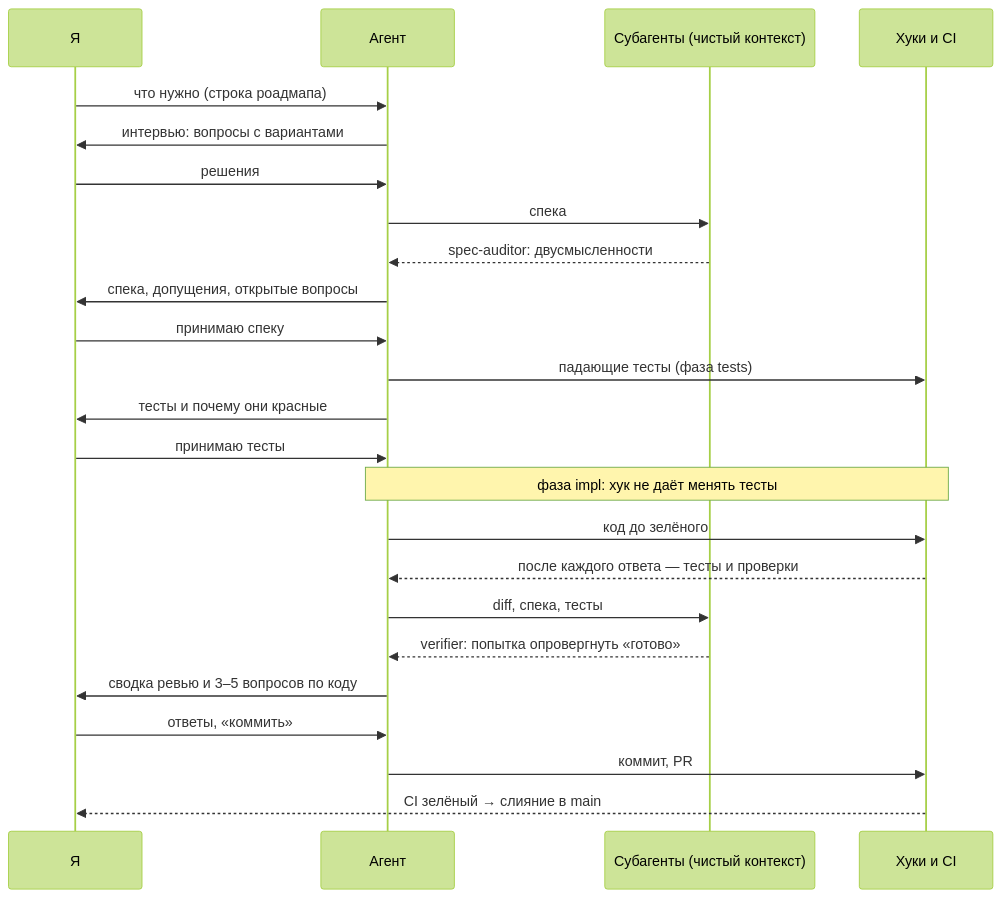
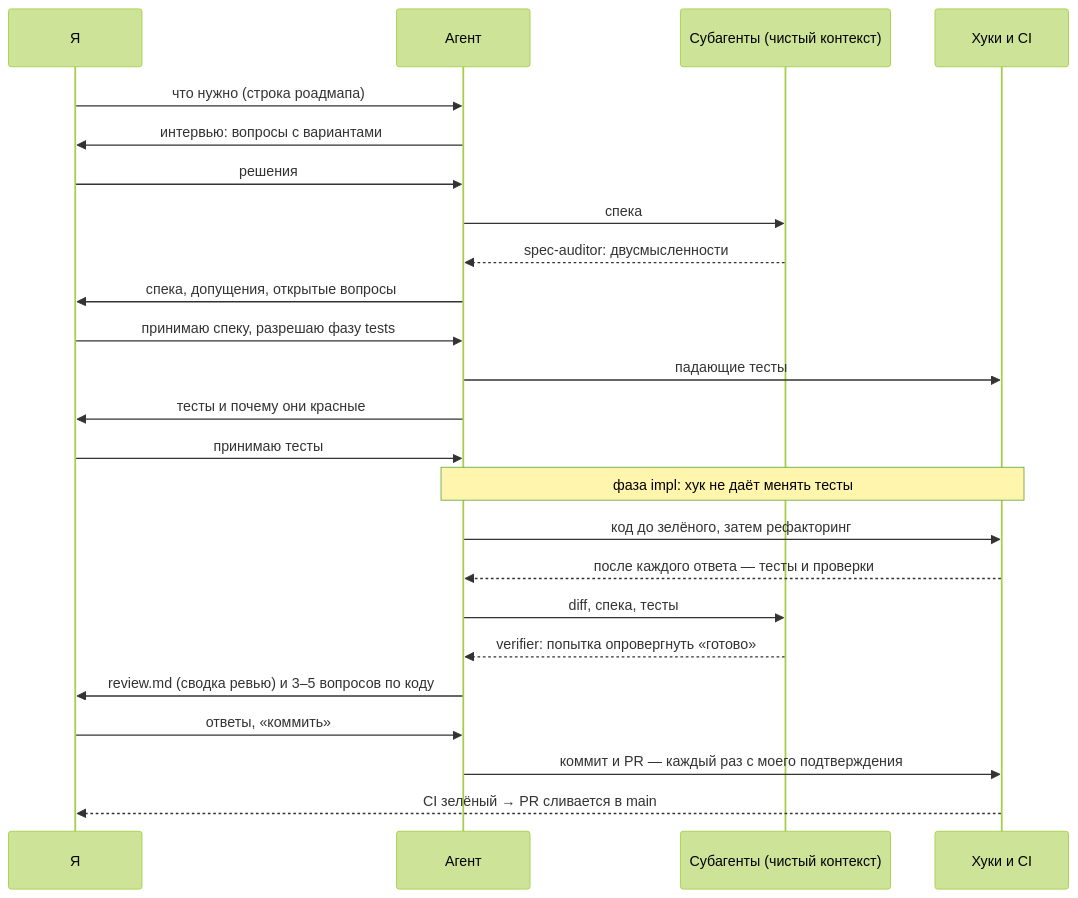
Before and after one commit to rikire/task-manager-api: the fourth of 5 diagrams in README.md, drawn with Mermaid (forest theme). The commit also changed other lines of this file and 1 other file, not shown here.

````diff
--- a/README.md
+++ b/README.md
@@ -264,26 +277,26 @@
 ```mermaid
 sequenceDiagram
     participant Я
     participant Агент
     participant Субагенты as Субагенты (чистый контекст)
     participant Машина as Хуки и CI
     Я->>Агент: что нужно (строка роадмапа)
     Агент->>Я: интервью: вопросы с вариантами
     Я->>Агент: решения
     Агент->>Субагенты: спека
     Субагенты-->>Агент: spec-auditor: двусмысленности
     Агент->>Я: спека, допущения, открытые вопросы
-    Я->>Агент: принимаю спеку
-    Агент->>Машина: падающие тесты (фаза tests)
+    Я->>Агент: принимаю спеку, разрешаю фазу tests
+    Агент->>Машина: падающие тесты
     Агент->>Я: тесты и почему они красные
     Я->>Агент: принимаю тесты
     Note over Агент,Машина: фаза impl: хук не даёт менять тесты
-    Агент->>Машина: код до зелёного
+    Агент->>Машина: код до зелёного, затем рефакторинг
     Машина-->>Агент: после каждого ответа — тесты и проверки
     Агент->>Субагенты: diff, спека, тесты
     Субагенты-->>Агент: verifier: попытка опровергнуть «готово»
-    Агент->>Я: сводка ревью и 3–5 вопросов по коду
+    Агент->>Я: review.md (сводка ревью) и 3–5 вопросов по коду
     Я->>Агент: ответы, «коммить»
-    Агент->>Машина: коммит, PR
-    Машина-->>Я: CI зелёный → слияние в main
+    Агент->>Машина: коммит и PR — каждый раз с моего подтверждения
+    Машина-->>Я: CI зелёный → PR сливается в main
 ```
````
